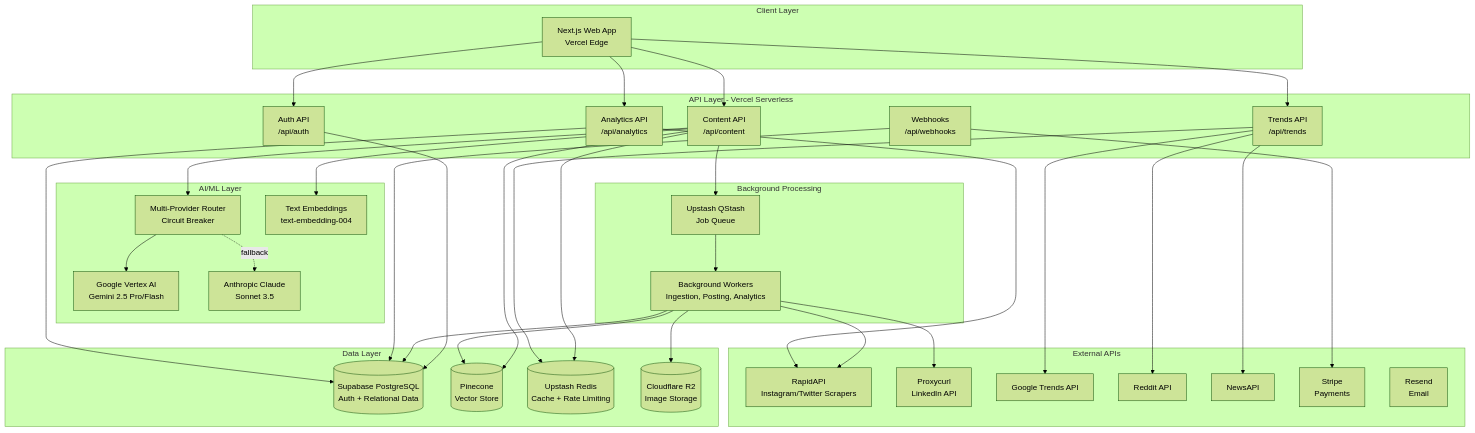
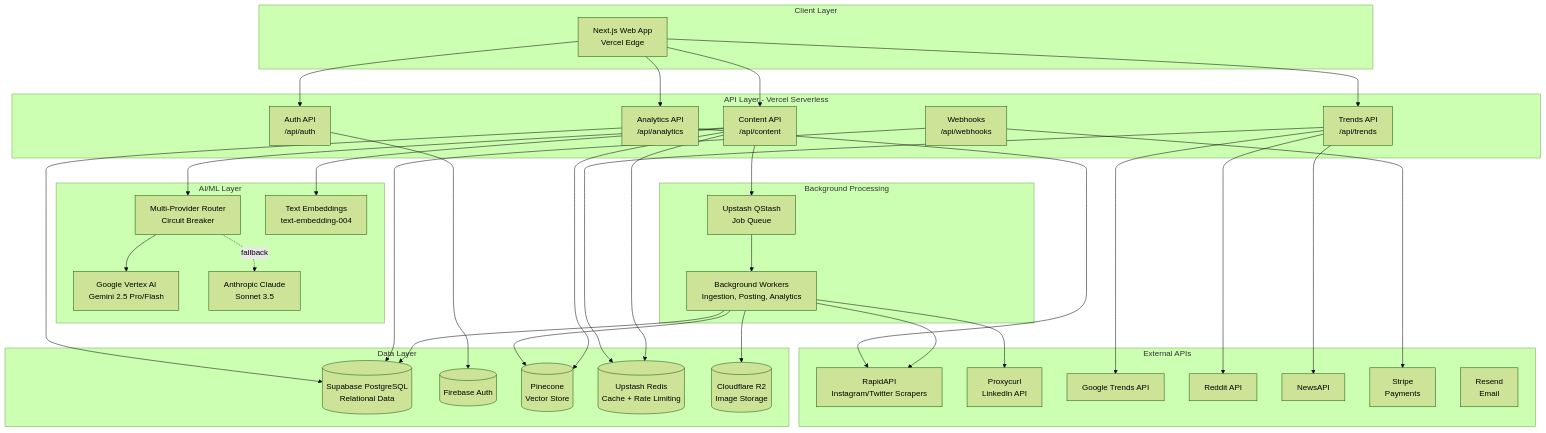
The first of 4 diagrams in design.md (TinaThakre/contextflow), drawn with Mermaid (forest theme) before and after one commit. The commit also changed 23 other files, not shown here.

Commit message:
changes supabase with firebase, there is still some error

````diff
--- a/design.md
+++ b/design.md
@@ -22,76 +22,77 @@
 ```mermaid
 graph TB
     subgraph "Client Layer"
         Web[Next.js Web App<br/>Vercel Edge]
     end
     
     subgraph "API Layer - Vercel Serverless"
         Auth[Auth API<br/>/api/auth]
         Content[Content API<br/>/api/content]
         Trends[Trends API<br/>/api/trends]
         Analytics[Analytics API<br/>/api/analytics]
         Webhooks[Webhooks<br/>/api/webhooks]
     end
     
     subgraph "AI/ML Layer"
         Router[Multi-Provider Router<br/>Circuit Breaker]
         Vertex[Google Vertex AI<br/>Gemini 2.5 Pro/Flash]
         Claude[Anthropic Claude<br/>Sonnet 3.5]
         Embeddings[Text Embeddings<br/>text-embedding-004]
     end
     
     subgraph "Data Layer"
-        Supabase[(Supabase PostgreSQL<br/>Auth + Relational Data)]
+        Supabase[(Supabase PostgreSQL<br/>Relational Data)]
+        FirebaseAuth[(Firebase Auth)]
         Pinecone[(Pinecone<br/>Vector Store)]
         Redis[(Upstash Redis<br/>Cache + Rate Limiting)]
         R2[(Cloudflare R2<br/>Image Storage)]
     end
     
     subgraph "Background Processing"
         QStash[Upstash QStash<br/>Job Queue]
         Workers[Background Workers<br/>Ingestion, Posting, Analytics]
     end
     
     subgraph "External APIs"
         RapidAPI[RapidAPI<br/>Instagram/Twitter Scrapers]
         Proxycurl[Proxycurl<br/>LinkedIn API]
         GoogleTrends[Google Trends API]
         RedditAPI[Reddit API]
         NewsAPI[NewsAPI]
         Stripe[Stripe<br/>Payments]
         Resend[Resend<br/>Email]
     end
     
     Web --> Auth
     Web --> Content
     Web --> Trends
     Web --> Analytics
     
-    Auth --> Supabase
+    Auth --> FirebaseAuth
     Content --> Router
     Content --> Pinecone
     Content --> Redis
     Content --> QStash
     
     Router --> Vertex
     Router -.fallback.-> Claude
     Content --> Embeddings
     
     Trends --> GoogleTrends
     Trends --> RedditAPI
     Trends --> NewsAPI
     Trends --> Redis
     
     QStash --> Workers
     Workers --> RapidAPI
     Workers --> Proxycurl
     Workers --> Supabase
     Workers --> Pinecone
     Workers --> R2
     
     Webhooks --> Stripe
     Webhooks --> Supabase
     
     Analytics --> Supabase
     Analytics --> RapidAPI
 ```
````
